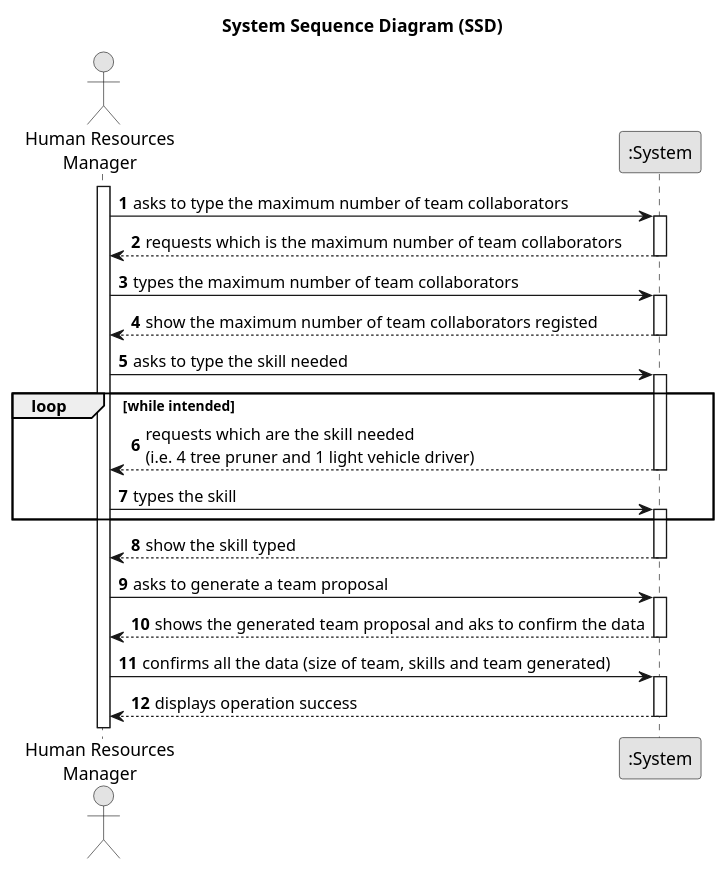
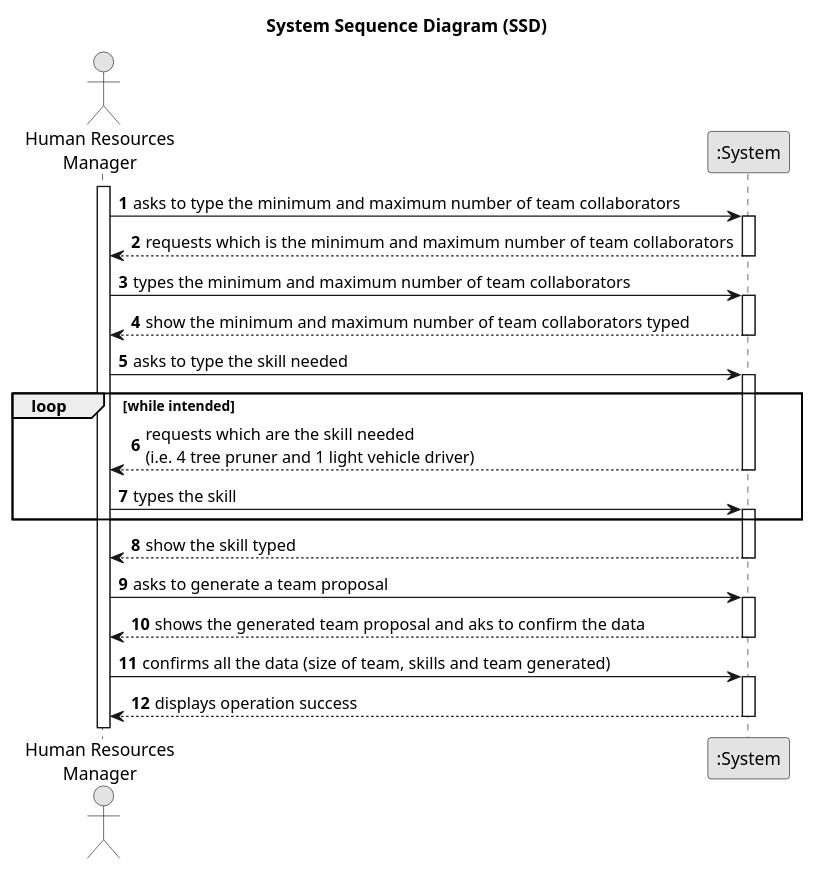
The diagram in docs/sprintA/us005/01.requirements-engineering/puml/us005-system-sequence-diagram-alternative-one.puml (1231360-ISEP/lei-24-s2-1db-g021), drawn with PlantUML before and after one commit.

Commit message:
Update US05 - SSD plant uml

```diff
--- a/docs/sprintA/us005/01.requirements-engineering/puml/us005-system-sequence-diagram-alternative-one.puml
+++ b/docs/sprintA/us005/01.requirements-engineering/puml/us005-system-sequence-diagram-alternative-one.puml
@@ -1,54 +1,54 @@
 @startuml
 skinparam monochrome true
 skinparam packageStyle rectangle
 skinparam shadowing false
 
 title System Sequence Diagram (SSD)
 
 autonumber
 
 actor "Human Resources\nManager" as HRM
 participant ":System" as System
 
 activate HRM
 
-    HRM -> System : asks to type the maximum number of team collaborators
+    HRM -> System : asks to type the minimum and maximum number of team collaborators
     activate System
 
-        System --> HRM : requests which is the maximum number of team collaborators
+        System --> HRM : requests which is the minimum and maximum number of team collaborators
     deactivate System
 
-    HRM -> System : types the maximum number of team collaborators
+    HRM -> System : types the minimum and maximum number of team collaborators
     activate System
 
-        System --> HRM : show the maximum number of team collaborators registed
+        System --> HRM : show the minimum and maximum number of team collaborators typed
     deactivate System
 
     HRM -> System : asks to type the skill needed
     activate System
 
     loop while intended
             System --> HRM : requests which are the skill needed\n(i.e. 4 tree pruner and 1 light vehicle driver)
         deactivate System
 
         HRM -> System : types the skill
         activate System
     end
 
         System --> HRM : show the skill typed
             deactivate System
 
     HRM -> System : asks to generate a team proposal
     activate System
 
         System --> HRM : shows the generated team proposal and aks to confirm the data
     deactivate System
 
     HRM -> System : confirms all the data (size of team, skills and team generated)
     activate System
 
         System --> HRM : displays operation success
     deactivate System
 
 
 @enduml
```
